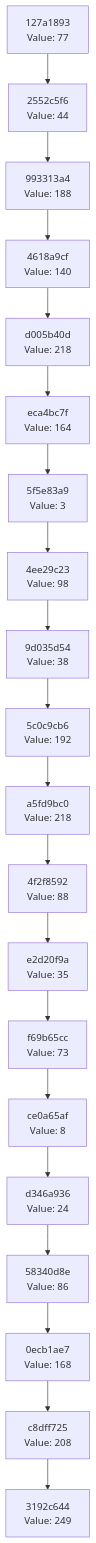
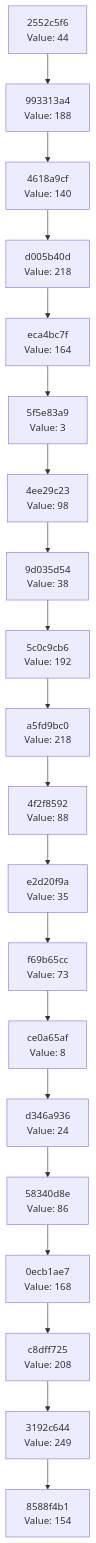
One commit to Abhisheksinha1506/hash-chain-evolver changed the diagram in docs/CHAIN_VISUALIZATION.md. Above: the diagram before and after it, drawn with Mermaid. The commit also changed 3 other files, not shown here.

````diff
--- a/docs/CHAIN_VISUALIZATION.md
+++ b/docs/CHAIN_VISUALIZATION.md
@@ -3,42 +3,42 @@
 ```mermaid
 graph TD
-    C0["3192c644<br/>Value: 249"]
-    C1["c8dff725<br/>Value: 208"]
+    C0["8588f4b1<br/>Value: 154"]
+    C1["3192c644<br/>Value: 249"]
     C1 --> C0
-    C2["0ecb1ae7<br/>Value: 168"]
+    C2["c8dff725<br/>Value: 208"]
     C2 --> C1
-    C3["58340d8e<br/>Value: 86"]
+    C3["0ecb1ae7<br/>Value: 168"]
     C3 --> C2
-    C4["d346a936<br/>Value: 24"]
+    C4["58340d8e<br/>Value: 86"]
     C4 --> C3
-    C5["ce0a65af<br/>Value: 8"]
+    C5["d346a936<br/>Value: 24"]
     C5 --> C4
-    C6["f69b65cc<br/>Value: 73"]
+    C6["ce0a65af<br/>Value: 8"]
     C6 --> C5
-    C7["e2d20f9a<br/>Value: 35"]
+    C7["f69b65cc<br/>Value: 73"]
     C7 --> C6
-    C8["4f2f8592<br/>Value: 88"]
+    C8["e2d20f9a<br/>Value: 35"]
     C8 --> C7
-    C9["a5fd9bc0<br/>Value: 218"]
+    C9["4f2f8592<br/>Value: 88"]
     C9 --> C8
-    C10["5c0c9cb6<br/>Value: 192"]
+    C10["a5fd9bc0<br/>Value: 218"]
     C10 --> C9
-    C11["9d035d54<br/>Value: 38"]
+    C11["5c0c9cb6<br/>Value: 192"]
     C11 --> C10
-    C12["4ee29c23<br/>Value: 98"]
+    C12["9d035d54<br/>Value: 38"]
     C12 --> C11
-    C13["5f5e83a9<br/>Value: 3"]
+    C13["4ee29c23<br/>Value: 98"]
     C13 --> C12
-    C14["eca4bc7f<br/>Value: 164"]
+    C14["5f5e83a9<br/>Value: 3"]
     C14 --> C13
-    C15["d005b40d<br/>Value: 218"]
+    C15["eca4bc7f<br/>Value: 164"]
     C15 --> C14
-    C16["4618a9cf<br/>Value: 140"]
+    C16["d005b40d<br/>Value: 218"]
     C16 --> C15
-    C17["993313a4<br/>Value: 188"]
+    C17["4618a9cf<br/>Value: 140"]
     C17 --> C16
-    C18["2552c5f6<br/>Value: 44"]
+    C18["993313a4<br/>Value: 188"]
     C18 --> C17
-    C19["127a1893<br/>Value: 77"]
+    C19["2552c5f6<br/>Value: 44"]
     C19 --> C18
 ```
````
